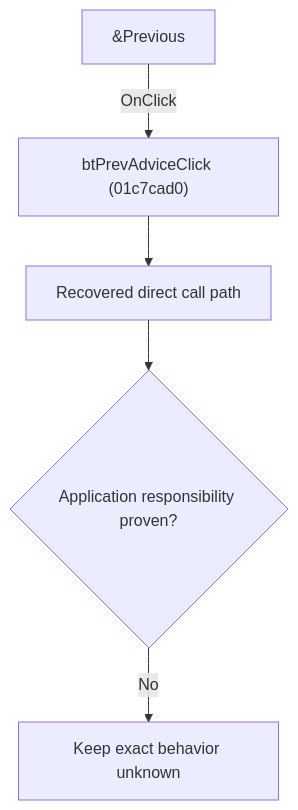
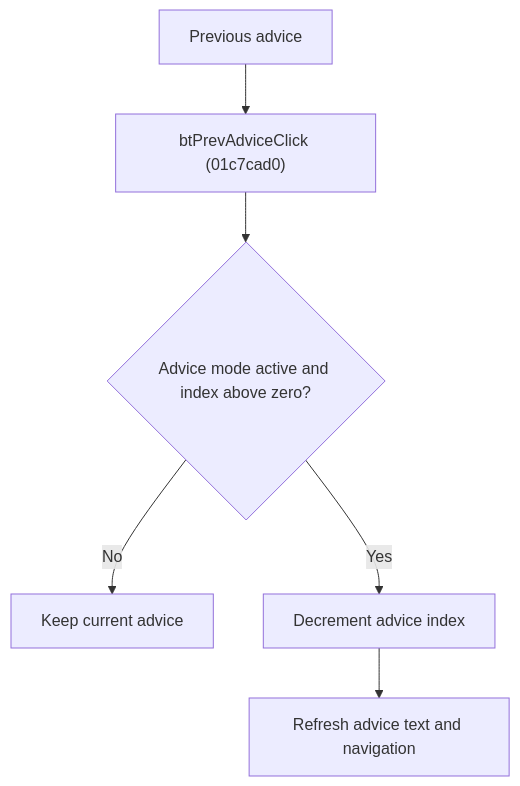
Before and after one commit to MovGP0/TIARA: the diagram in docs/ui-controls/schematiceditor/btprevadvice-b0ff245847.md, drawn with Mermaid. The commit also changed other lines of this file and 241 other files, not shown here.

````diff
--- a/docs/ui-controls/schematiceditor/btprevadvice-b0ff245847.md
+++ b/docs/ui-controls/schematiceditor/btprevadvice-b0ff245847.md
@@ -27,7 +19,8 @@
 ```mermaid
 flowchart TD
-    control["&Previous"] -->|"OnClick"| handler["btPrevAdviceClick (01c7cad0)"]
-    handler --> recovered["Recovered direct call path"]
-    recovered --> gap{"Application responsibility proven?"}
-    gap -->|"No"| blocked["Keep exact behavior unknown"]
+    control["Previous advice"] --> handler["btPrevAdviceClick (01c7cad0)"]
+    handler --> allowed{"Advice mode active and index above zero?"}
+    allowed -->|"No"| noop["Keep current advice"]
+    allowed -->|"Yes"| previous["Decrement advice index"]
+    previous --> refresh["Refresh advice text and navigation"]
 ```
````
